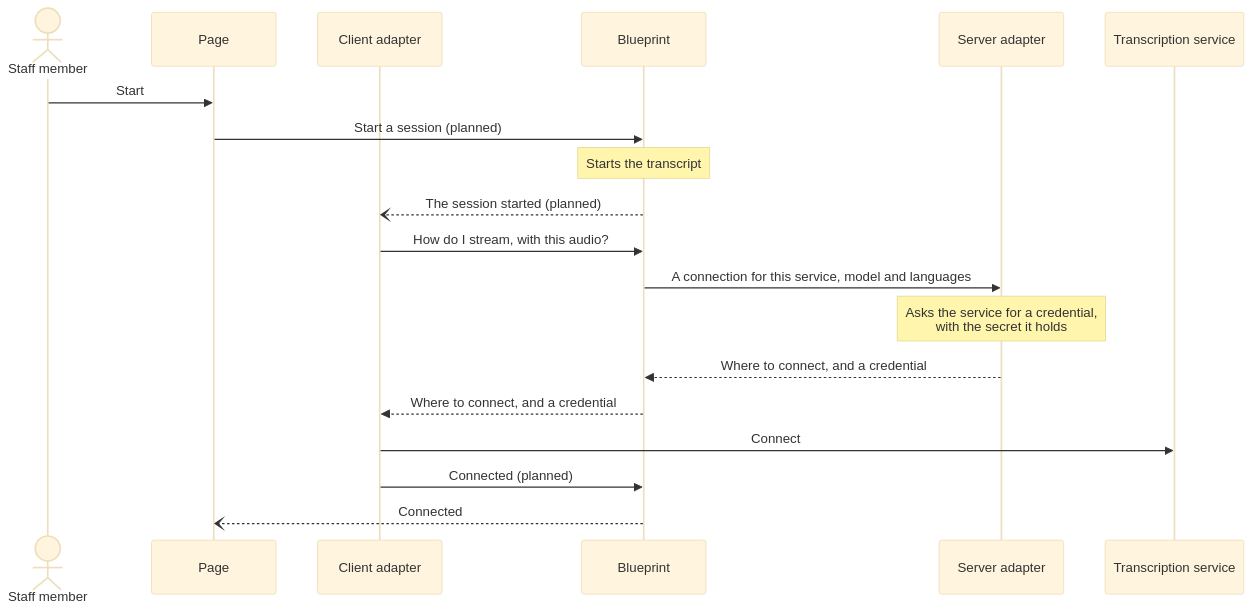
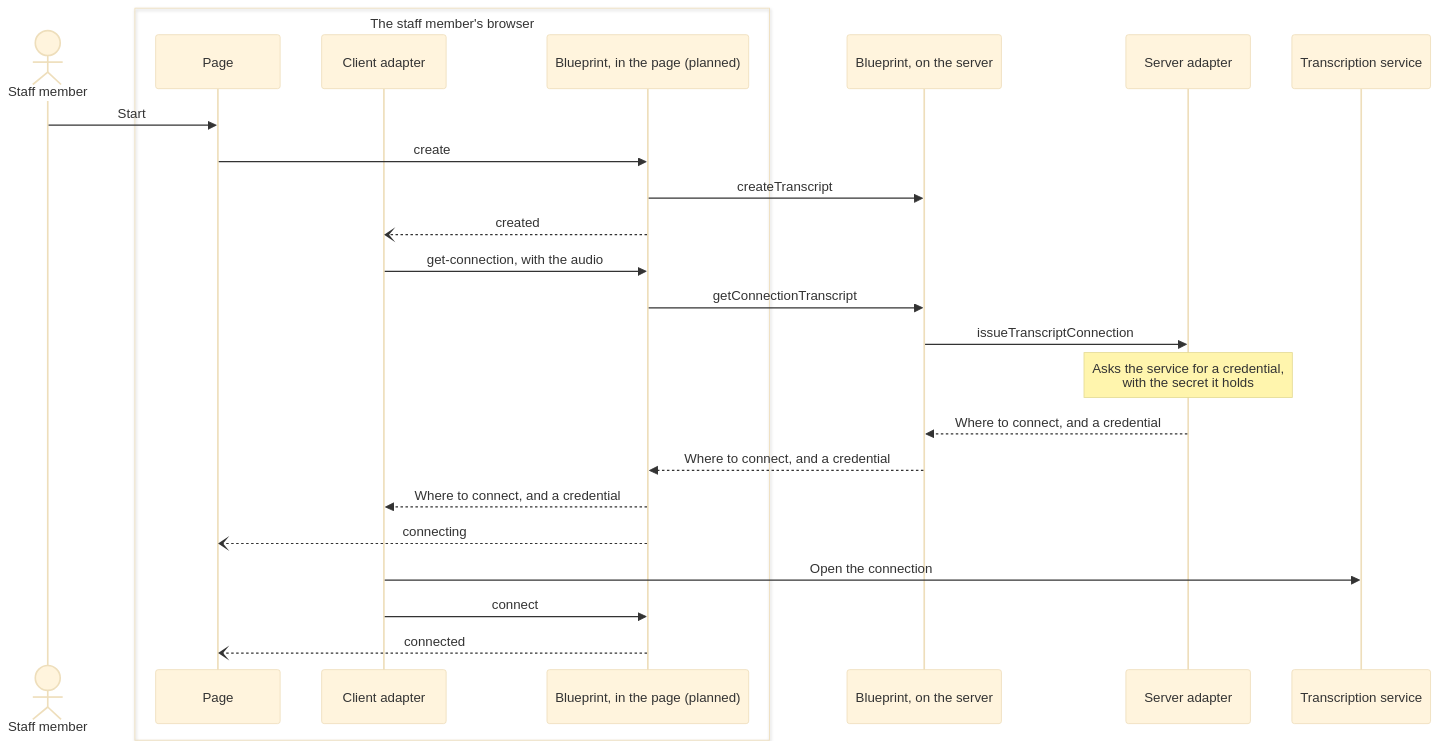
The second of 6 diagrams in docs/architecture/domains/communication.md (codeforamerica/safety-net-blueprint), drawn with Mermaid (base theme) before and after one commit. The commit also changed other lines of this file, not shown here.

First line of the commit message:
Decide the session's names, and show where each part runs

````diff
--- a/docs/architecture/domains/communication.md
+++ b/docs/architecture/domains/communication.md
@@ -103,22 +138,28 @@
 ```mermaid
 sequenceDiagram
     actor Staff as Staff member
-    participant Page
-    participant Client as Client adapter
-    participant Blueprint
+    box The staff member's browser
+        participant Page
+        participant Client as Client adapter
+        participant Session as Blueprint, in the page (planned)
+    end
+    participant Server as Blueprint, on the server
     participant Adapter as Server adapter
     participant Service as Transcription service
 
     Staff->>Page: Start
-    Page->>Blueprint: Start a session (planned)
-    Note over Blueprint: Starts the transcript
-    Blueprint--)Client: The session started (planned)
-    Client->>Blueprint: How do I stream, with this audio?
-    Blueprint->>Adapter: A connection for this service, model and languages
+    Page->>Session: create
+    Session->>Server: createTranscript
+    Session--)Client: created
+    Client->>Session: get-connection, with the audio
+    Session->>Server: getConnectionTranscript
+    Server->>Adapter: issueTranscriptConnection
     Note over Adapter: Asks the service for a credential,<br/>with the secret it holds
-    Adapter-->>Blueprint: Where to connect, and a credential
-    Blueprint-->>Client: Where to connect, and a credential
-    Client->>Service: Connect
-    Client->>Blueprint: Connected (planned)
-    Blueprint--)Page: Connected
+    Adapter-->>Server: Where to connect, and a credential
+    Server-->>Session: Where to connect, and a credential
+    Session-->>Client: Where to connect, and a credential
+    Session--)Page: connecting
+    Client->>Service: Open the connection
+    Client->>Session: connect
+    Session--)Page: connected
 ```
````
